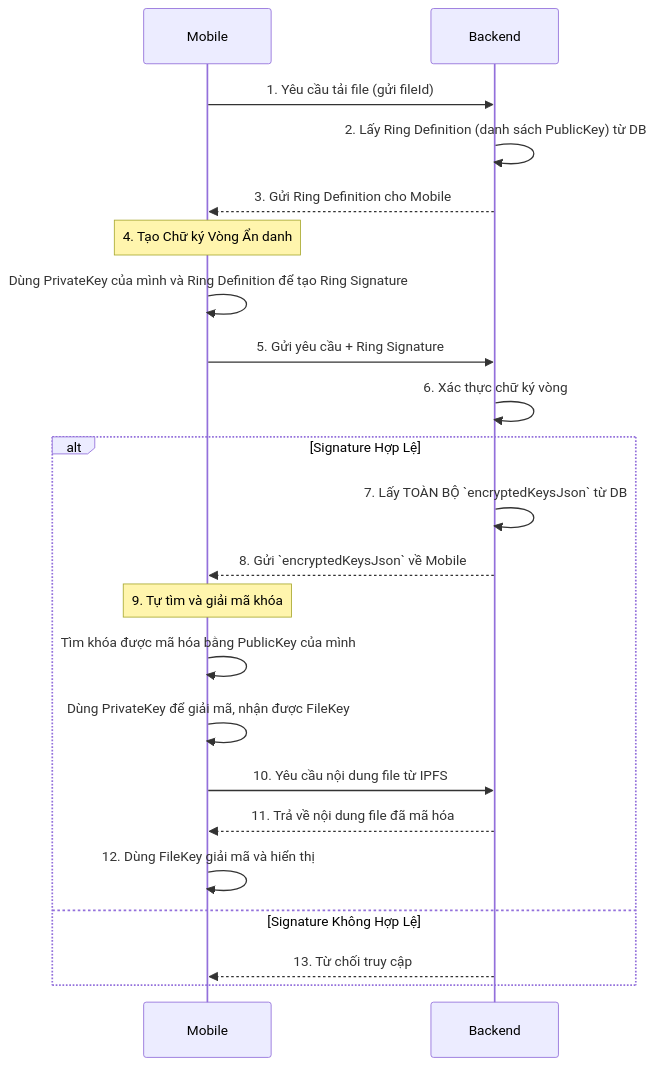
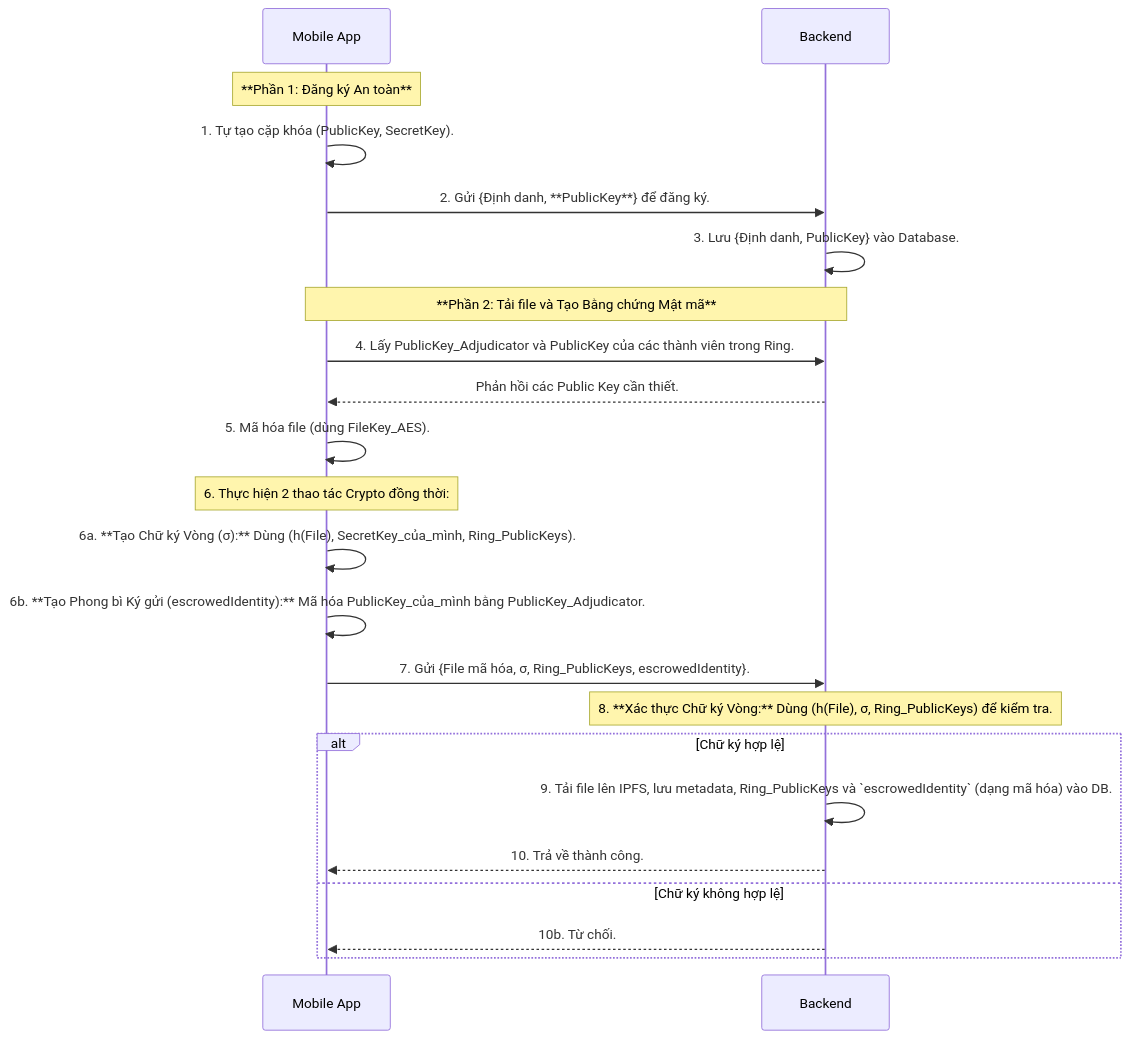
The first of 3 diagrams in New_Thesis.md (nguyenphuc22/ipfs-sandbox), drawn with Mermaid before and after one commit. The commit also changed other lines of this file, not shown here.

Commit message:
Revise New_Thesis.md to clarify cryptographic concepts and enhance system architecture explanation; update operational flows for improved technical understanding and academic value.

````diff
--- a/New_Thesis.md
+++ b/New_Thesis.md
@@ -97,29 +50,33 @@
 ```mermaid
 sequenceDiagram
-    participant Mobile
+    participant User as Mobile App
     participant Backend
 
-    Mobile->>Backend: 1. Yêu cầu tải file (gửi fileId)
-    Backend->>Backend: 2. Lấy Ring Definition (danh sách PublicKey) từ DB
-    Backend-->>Mobile: 3. Gửi Ring Definition cho Mobile
+    %% Registration
+    note over User: **Phần 1: Đăng ký An toàn**
+    User->>User: 1. Tự tạo cặp khóa (PublicKey, SecretKey).
+    User->>Backend: 2. Gửi {Định danh, **PublicKey**} để đăng ký.
+    Backend->>Backend: 3. Lưu {Định danh, PublicKey} vào Database.
 
-    Note over Mobile: 4. Tạo Chữ ký Vòng Ẩn danh
-    Mobile->>Mobile: Dùng PrivateKey của mình và Ring Definition để tạo Ring Signature
+    %% Upload
+    note over User, Backend: **Phần 2: Tải file và Tạo Bằng chứng Mật mã**
+    User->>Backend: 4. Lấy PublicKey_Adjudicator và PublicKey của các thành viên trong Ring.
+    Backend-->>User: Phản hồi các Public Key cần thiết.
 
-    Mobile->>Backend: 5. Gửi yêu cầu + Ring Signature
-    Backend->>Backend: 6. Xác thực chữ ký vòng
+    User->>User: 5. Mã hóa file (dùng FileKey_AES).
     
-    alt Signature Hợp Lệ
-        Backend->>Backend: 7. Lấy TOÀN BỘ `encryptedKeysJson` từ DB
-        Backend-->>Mobile: 8. Gửi `encryptedKeysJson` về Mobile
-        
-        Note over Mobile: 9. Tự tìm và giải mã khóa
-        Mobile->>Mobile: Tìm khóa được mã hóa bằng PublicKey của mình
-        Mobile->>Mobile: Dùng PrivateKey để giải mã, nhận được FileKey
-        Mobile->>Backend: 10. Yêu cầu nội dung file từ IPFS
-        Backend-->>Mobile: 11. Trả về nội dung file đã mã hóa
-        Mobile->>Mobile: 12. Dùng FileKey giải mã và hiển thị
-    else Signature Không Hợp Lệ
-        Backend-->>Mobile: 13. Từ chối truy cập
+    note over User: 6. Thực hiện 2 thao tác Crypto đồng thời:
+    User->>User: 6a. **Tạo Chữ ký Vòng (σ):** Dùng (h(File), SecretKey_của_mình, Ring_PublicKeys).
+    User->>User: 6b. **Tạo Phong bì Ký gửi (escrowedIdentity):** Mã hóa PublicKey_của_mình bằng PublicKey_Adjudicator.
+
+    User->>Backend: 7. Gửi {File mã hóa, σ, Ring_PublicKeys, escrowedIdentity}.
+    
+    note over Backend: 8. **Xác thực Chữ ký Vòng:** Dùng (h(File), σ, Ring_PublicKeys) để kiểm tra.
+    
+    alt Chữ ký hợp lệ
+        Backend->>Backend: 9. Tải file lên IPFS, lưu metadata, Ring_PublicKeys và `escrowedIdentity` (dạng mã hóa) vào DB.
+        Backend-->>User: 10. Trả về thành công.
+    else Chữ ký không hợp lệ
+        Backend-->>User: 10b. Từ chối.
     end
 ```
````
